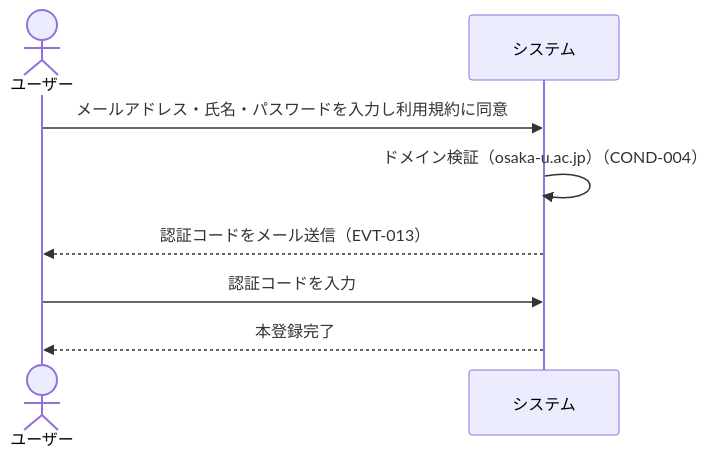
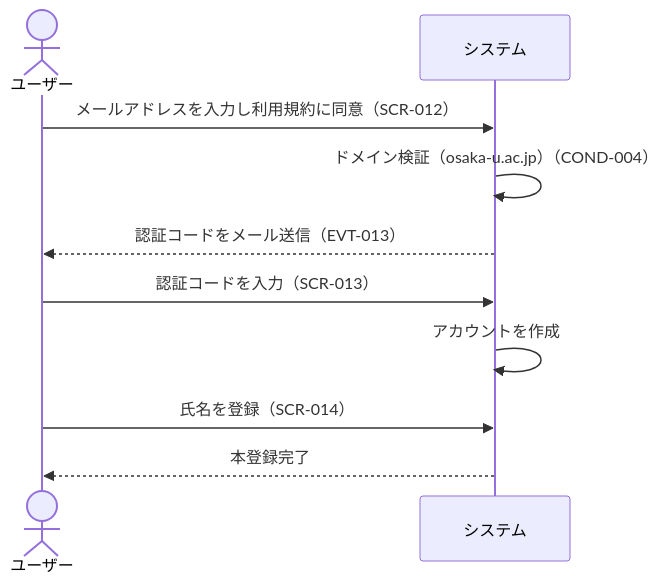
One commit to gdsc-osaka/iclub-reserve changed the second of 4 diagrams in rdra/contexts/user-authentication.md. Above: the diagram before and after it, drawn with Mermaid. The commit also changed other lines of this file and 10 other files, not shown here.

````diff
--- a/rdra/contexts/user-authentication.md
+++ b/rdra/contexts/user-authentication.md
@@ -109,11 +137,13 @@
 ```mermaid
 sequenceDiagram
     actor ユーザー
     participant システム
 
-    ユーザー->>システム: メールアドレス・氏名・パスワードを入力し利用規約に同意
+    ユーザー->>システム: メールアドレスを入力し利用規約に同意（SCR-012）
     システム->>システム: ドメイン検証（osaka-u.ac.jp）（COND-004）
     システム-->>ユーザー: 認証コードをメール送信（EVT-013）
-    ユーザー->>システム: 認証コードを入力
+    ユーザー->>システム: 認証コードを入力（SCR-013）
+    システム->>システム: アカウントを作成
+    ユーザー->>システム: 氏名を登録（SCR-014）
     システム-->>ユーザー: 本登録完了
 ```
````
